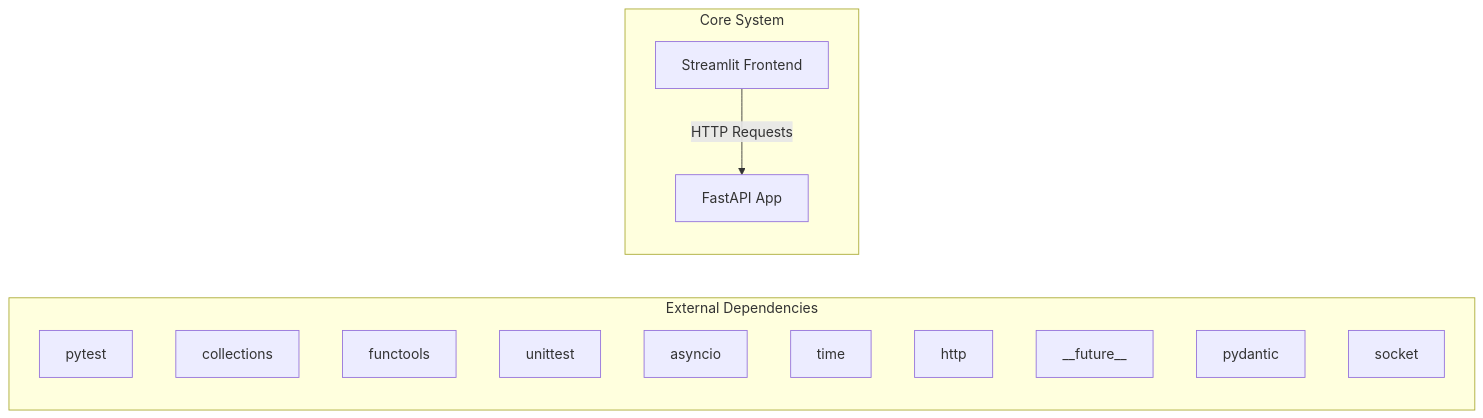
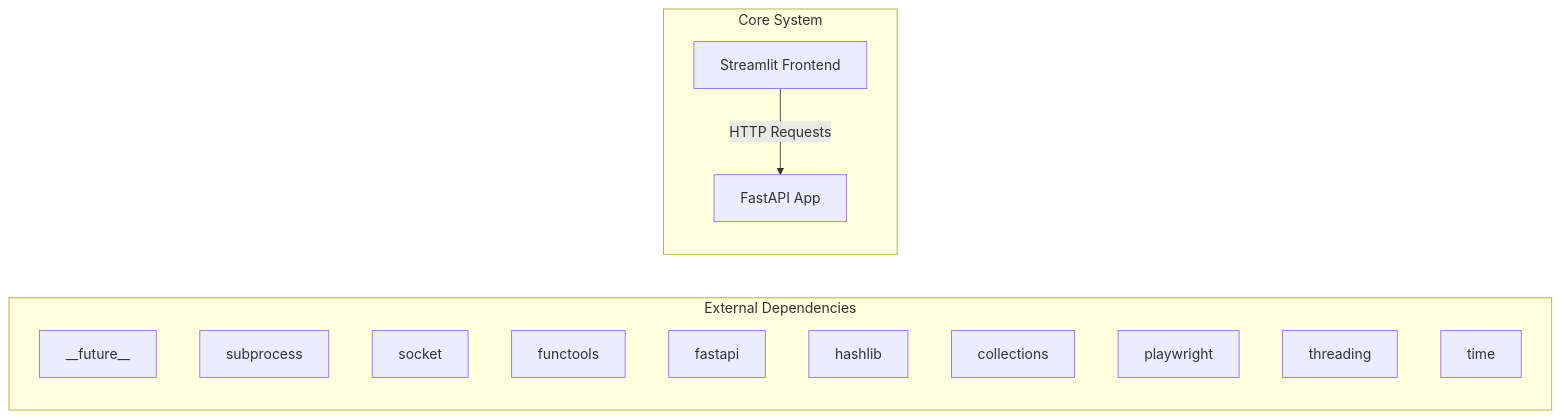
Before and after one commit to NITISH-R-G/rag-context-optimizer: the first of 2 diagrams in docs/architecture.md, drawn with Mermaid. The commit also changed 1 other file, not shown here.

Commit message:
docs: auto-update repository knowledge, architecture diagrams, and documentation

````diff
--- a/docs/architecture.md
+++ b/docs/architecture.md
@@ -7,20 +7,20 @@
 ```mermaid
 graph LR
     subgraph External Dependencies
-        E0["pytest"]
-        E1["collections"]
-        E2["functools"]
-        E3["unittest"]
-        E4["asyncio"]
-        E5["time"]
-        E6["http"]
-        E7["__future__"]
-        E8["pydantic"]
-        E9["socket"]
+        E0["__future__"]
+        E1["subprocess"]
+        E2["socket"]
+        E3["functools"]
+        E4["fastapi"]
+        E5["hashlib"]
+        E6["collections"]
+        E7["playwright"]
+        E8["threading"]
+        E9["time"]
     end
     subgraph Core System
         API["FastAPI App"]
         UI["Streamlit Frontend"]
     end
     UI -->|HTTP Requests| API
 ```
````
